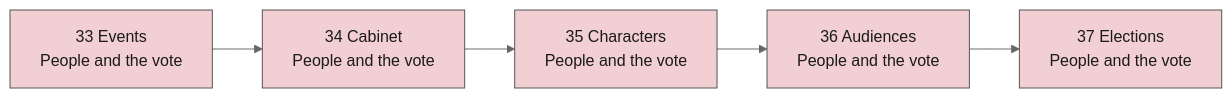
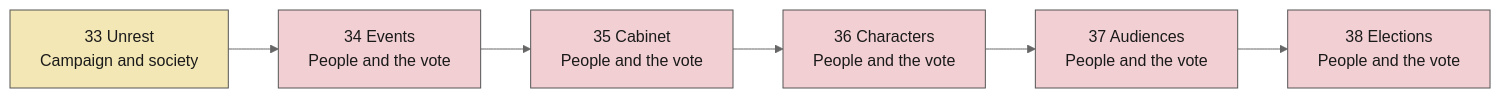
The fifth of 5 diagrams in docs/tick-order.md (powerbassist/World-simulator), drawn with Mermaid (neutral theme) before and after one commit. The commit also changed other lines of this file and 7 other files, not shown here.

````diff
--- a/docs/tick-order.md
+++ b/docs/tick-order.md
@@ -105,15 +105,16 @@
 ```mermaid
 flowchart LR
-  s33["33 Events<br/>People and the vote"]:::g5
-  s34["34 Cabinet<br/>People and the vote"]:::g5
-  s35["35 Characters<br/>People and the vote"]:::g5
-  s36["36 Audiences<br/>People and the vote"]:::g5
-  s37["37 Elections<br/>People and the vote"]:::g5
-  s33 --> s34 --> s35 --> s36 --> s37
+  s33["33 Unrest<br/>Campaign and society"]:::g4
+  s34["34 Events<br/>People and the vote"]:::g5
+  s35["35 Cabinet<br/>People and the vote"]:::g5
+  s36["36 Characters<br/>People and the vote"]:::g5
+  s37["37 Audiences<br/>People and the vote"]:::g5
+  s38["38 Elections<br/>People and the vote"]:::g5
+  s33 --> s34 --> s35 --> s36 --> s37 --> s38
   classDef g0 fill:#cfe3f7,stroke:#555,color:#1a1a1a
   classDef g1 fill:#f6dcc2,stroke:#555,color:#1a1a1a
   classDef g2 fill:#dccff0,stroke:#555,color:#1a1a1a
   classDef g3 fill:#cdebd3,stroke:#555,color:#1a1a1a
   classDef g4 fill:#f3e7b5,stroke:#555,color:#1a1a1a
   classDef g5 fill:#f2cfd3,stroke:#555,color:#1a1a1a
 ```
````
